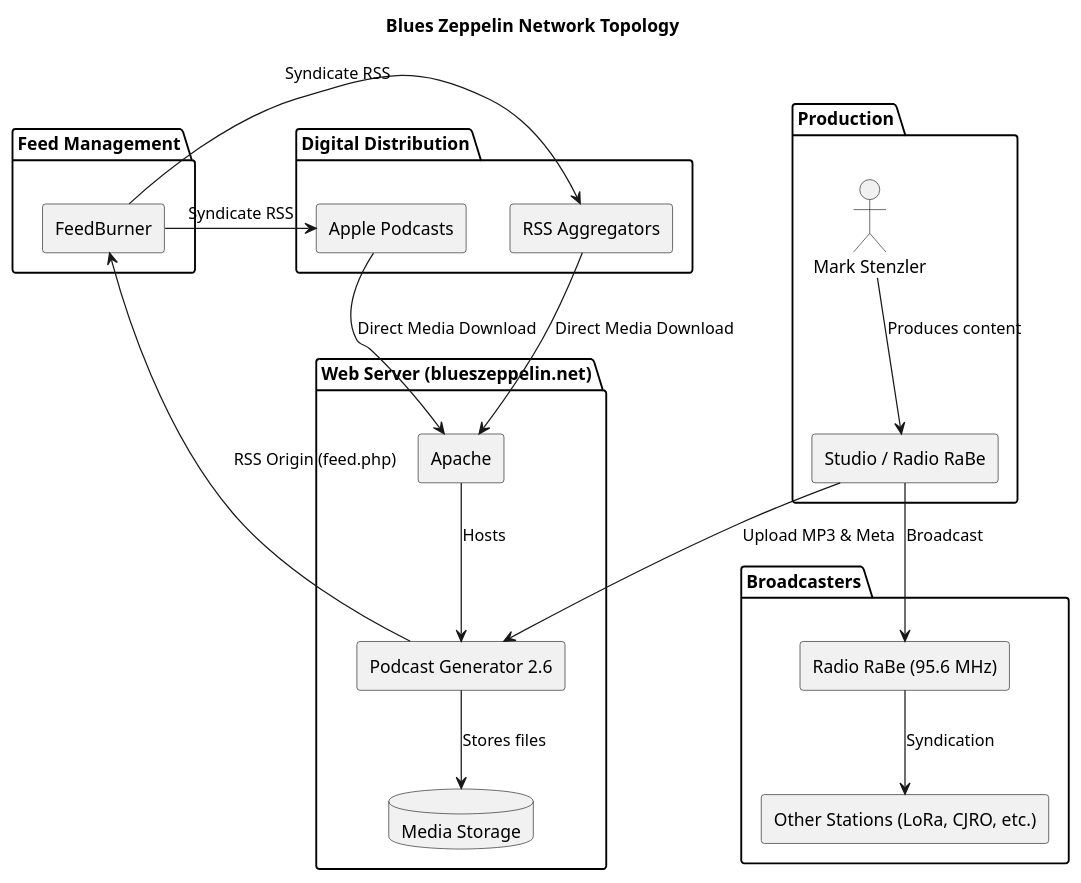
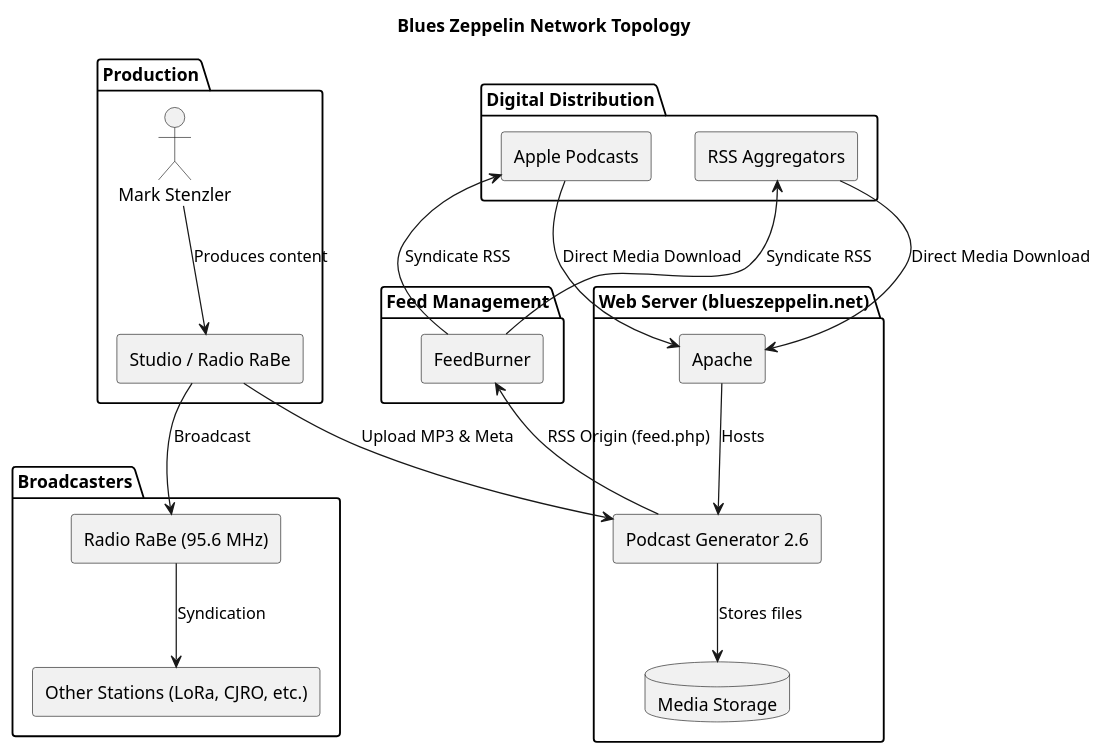
The diagram in diagrams/topology.puml (chatelao/blueszeppelin-architecture), drawn with PlantUML before and after one commit.

```diff
--- a/diagrams/topology.puml
+++ b/diagrams/topology.puml
@@ -1,46 +1,46 @@
 @startuml
 title Blues Zeppelin Network Topology
 
 skinparam componentStyle rectangle
 
 package "Production" {
     actor "Mark Stenzler" as Mark
     [Studio / Radio RaBe] as Studio
 }
 
 package "Web Server (blueszeppelin.net)" {
     [Apache] as WebServer
     [Podcast Generator 2.6] as PodGen
     database "Media Storage" as Media
 }
 
 package "Feed Management" {
     [FeedBurner] as FB
 }
 
 package "Broadcasters" {
     [Radio RaBe (95.6 MHz)] as RaBe
     [Other Stations (LoRa, CJRO, etc.)] as OtherRadio
 }
 
 package "Digital Distribution" {
     [Apple Podcasts] as Apple
     [RSS Aggregators] as RSS
 }
 
 Mark --> Studio : Produces content
 Studio --> PodGen : Upload MP3 & Meta
 PodGen -down-> Media : Stores files
 WebServer -down-> PodGen : Hosts
 
 PodGen -up-> FB : RSS Origin (feed.php)
-FB -right-> Apple : Syndicate RSS
-FB -right-> RSS : Syndicate RSS
+FB -up-> Apple : Syndicate RSS
+FB -up-> RSS : Syndicate RSS
 
 Studio --> RaBe : Broadcast
 RaBe --> OtherRadio : Syndication
 
 Apple -down-> WebServer : Direct Media Download
 RSS -down-> WebServer : Direct Media Download
 
 @enduml
```
